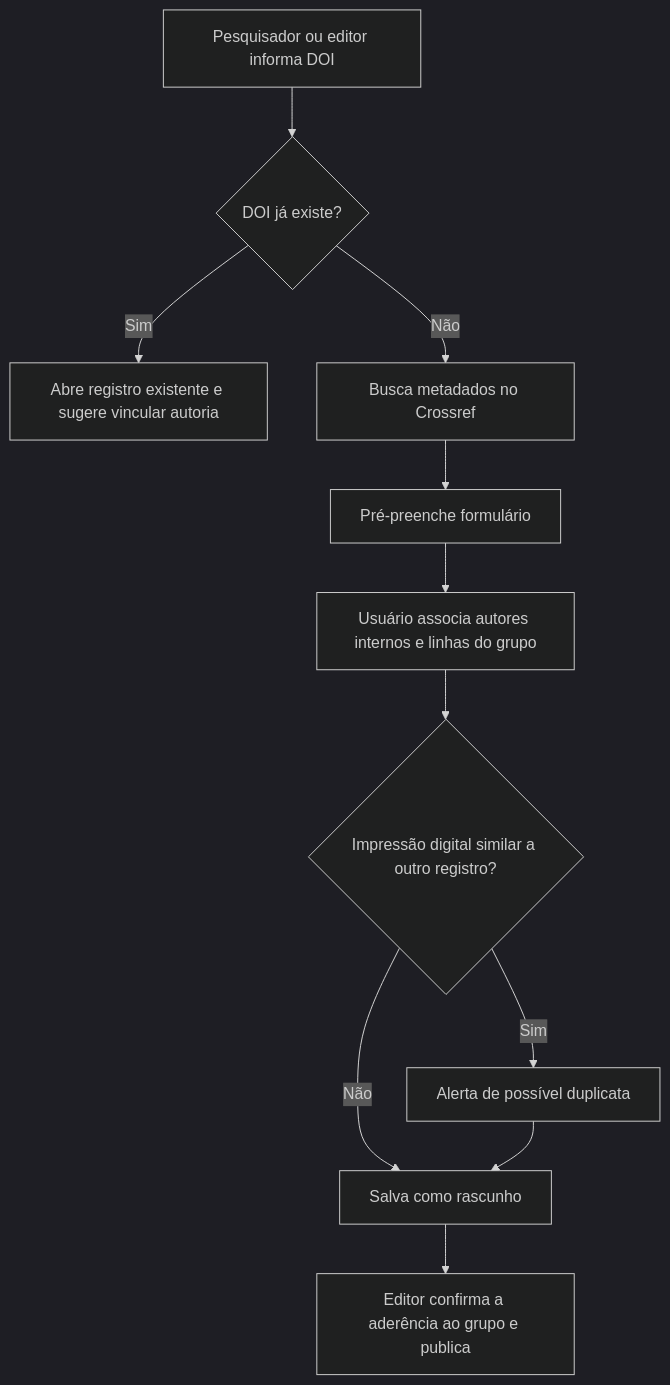
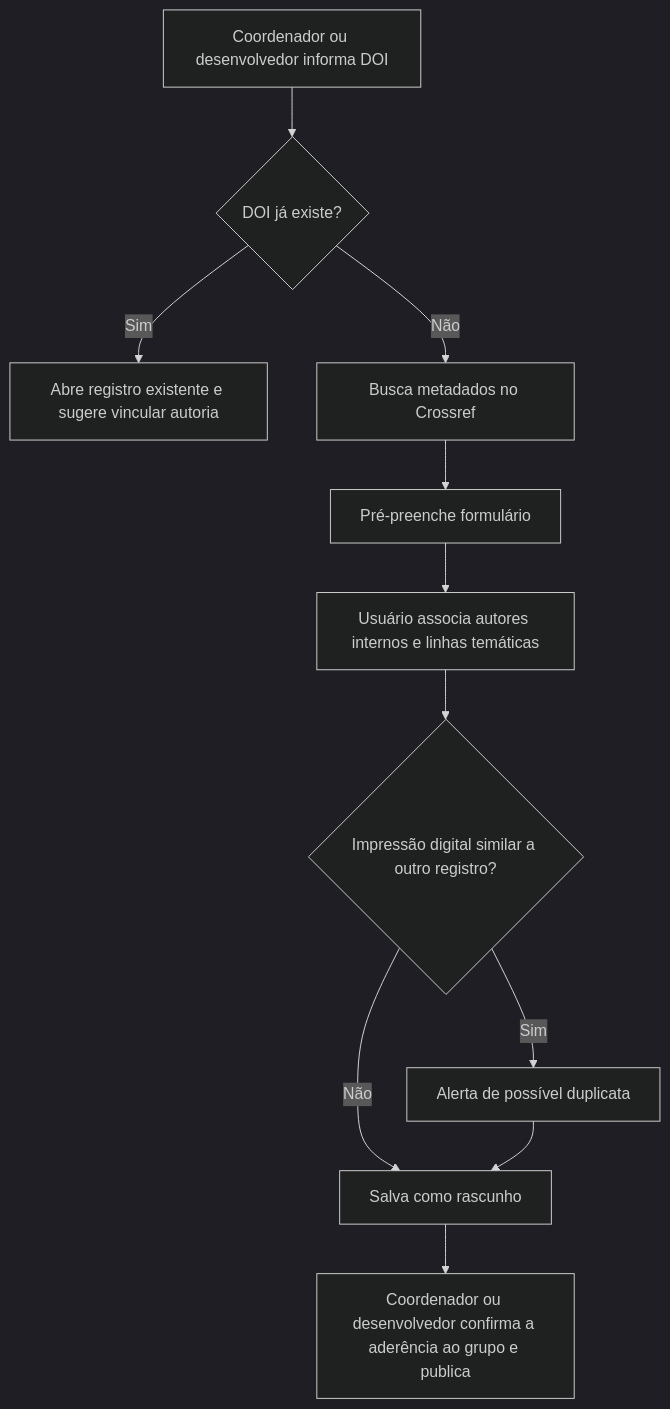
One commit to labarro/PPGPS-Portal changed the fifth of 10 diagrams in docs/PLANEJAMENTO_PORTAL_PPGPS.md. Above: the diagram before and after it, drawn with Mermaid (dark theme). The commit also changed other lines of this file and 29 other files, not shown here.

````diff
--- a/docs/PLANEJAMENTO_PORTAL_PPGPS.md
+++ b/docs/PLANEJAMENTO_PORTAL_PPGPS.md
@@ -683,13 +708,13 @@
 ```mermaid
 flowchart TD
-    A["Pesquisador ou editor informa DOI"] --> B{"DOI já existe?"}
+    A["Coordenador ou desenvolvedor informa DOI"] --> B{"DOI já existe?"}
     B -- Sim --> C["Abre registro existente e sugere vincular autoria"]
     B -- Não --> D["Busca metadados no Crossref"]
     D --> E["Pré-preenche formulário"]
-    E --> F["Usuário associa autores internos e linhas do grupo"]
+    E --> F["Usuário associa autores internos e linhas temáticas"]
     F --> G{"Impressão digital similar a outro registro?"}
     G -- Sim --> H["Alerta de possível duplicata"]
     G -- Não --> I["Salva como rascunho"]
     H --> I
-    I --> J["Editor confirma a aderência ao grupo e publica"]
+    I --> J["Coordenador ou desenvolvedor confirma a aderência ao grupo e publica"]
 ```
````
